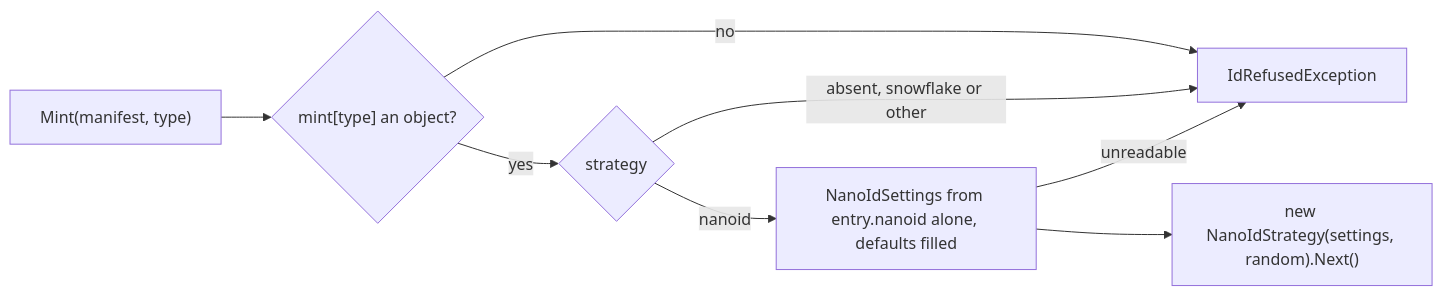
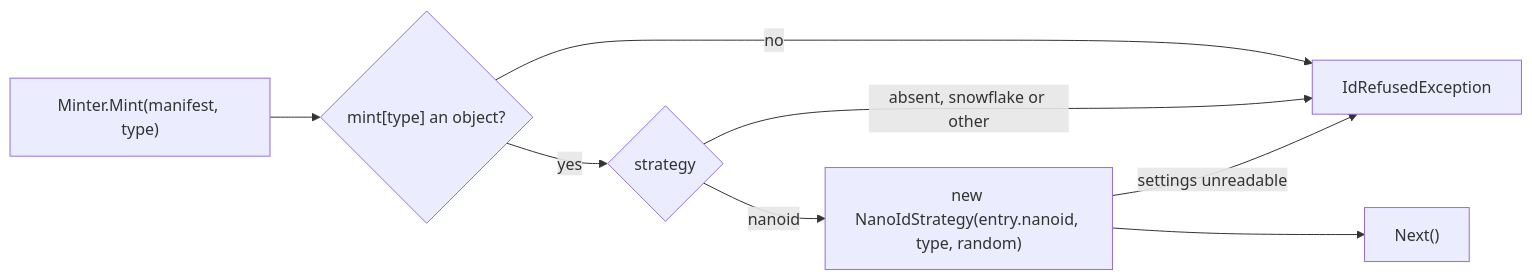
Before and after one commit to RLittlesII/specht: the diagram in src/specht/Identifiers/.spec/README.md, drawn with Mermaid. The commit also changed other lines of this file and 10 other files, not shown here.

First line of the commit message:
task(0414): rename to Specht.Identifiers and let NanoIdStrategy read its settings

````diff
--- a/src/specht/Identifiers/.spec/README.md
+++ b/src/specht/Identifiers/.spec/README.md
@@ -209,10 +208,10 @@
 ```mermaid
 flowchart LR
-    A["Mint(manifest, type)"] --> B{"mint[type] an object?"}
+    A["Minter.Mint(manifest, type)"] --> B{"mint[type] an object?"}
     B -- no --> R[IdRefusedException]
     B -- yes --> C{strategy}
-    C -- nanoid --> D["NanoIdSettings from entry.nanoid alone, defaults filled"]
+    C -- nanoid --> D["new NanoIdStrategy(entry.nanoid, type, random)"]
     C -- absent, snowflake or other --> R
-    D -- unreadable --> R
-    D --> E["new NanoIdStrategy(settings, random).Next()"]
+    D -- settings unreadable --> R
+    D --> E["Next()"]
 ```
````
